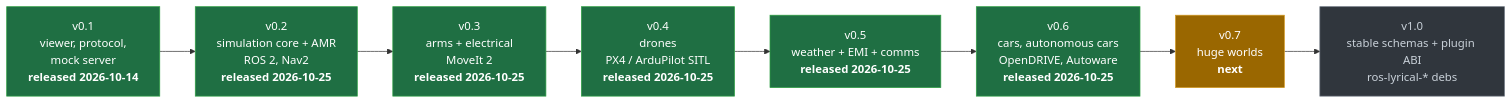
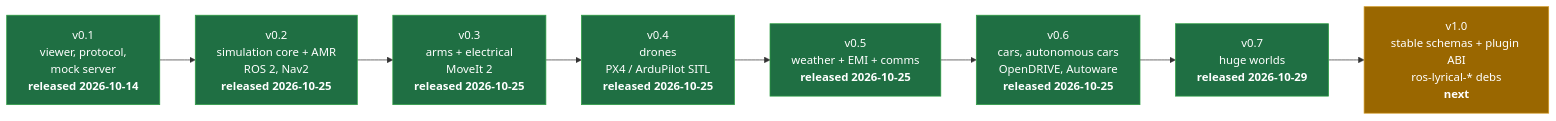
One commit to Open-Physical-Systems/Lagrange changed the first of 2 diagrams in docs/plan/progress.md. Above: the diagram before and after it, drawn with Mermaid. The commit also changed other lines of this file and 51 other files, not shown here.

````diff
--- a/docs/plan/progress.md
+++ b/docs/plan/progress.md
@@ -7,16 +7,16 @@
 ```mermaid
 flowchart LR
     v01["v0.1<br/>viewer, protocol,<br/>mock server<br/><b>released 2026-10-14</b>"]:::done
     v02["v0.2<br/>simulation core + AMR<br/>ROS 2, Nav2<br/><b>released 2026-10-25</b>"]:::done
     v03["v0.3<br/>arms + electrical<br/>MoveIt 2<br/><b>released 2026-10-25</b>"]:::done
     v04["v0.4<br/>drones<br/>PX4 / ArduPilot SITL<br/><b>released 2026-10-25</b>"]:::done
     v05["v0.5<br/>weather + EMI + comms<br/><b>released 2026-10-25</b>"]:::done
     v06["v0.6<br/>cars, autonomous cars<br/>OpenDRIVE, Autoware<br/><b>released 2026-10-25</b>"]:::done
-    v07["v0.7<br/>huge worlds<br/><b>next</b>"]:::now
-    v10["v1.0<br/>stable schemas + plugin ABI<br/>ros-lyrical-* debs"]:::todo
+    v07["v0.7<br/>huge worlds<br/><b>released 2026-10-29</b>"]:::done
+    v10["v1.0<br/>stable schemas + plugin ABI<br/>ros-lyrical-* debs<br/><b>next</b>"]:::now
     v01 --> v02 --> v03 --> v04 --> v05 --> v06 --> v07 --> v10
 
     classDef done fill:#1f6f43,stroke:#2ea043,color:#fff
     classDef now fill:#9a6700,stroke:#d29922,color:#fff
     classDef todo fill:#30363d,stroke:#6e7681,color:#c9d1d9
 ```
````
